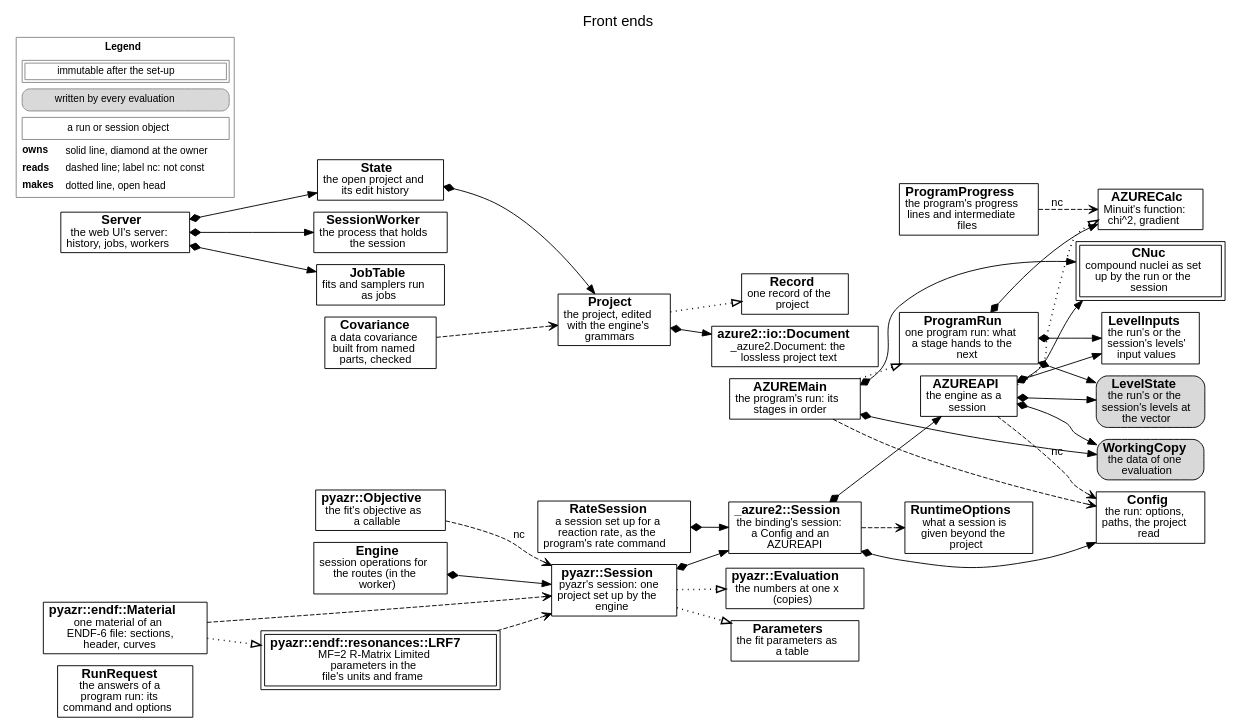
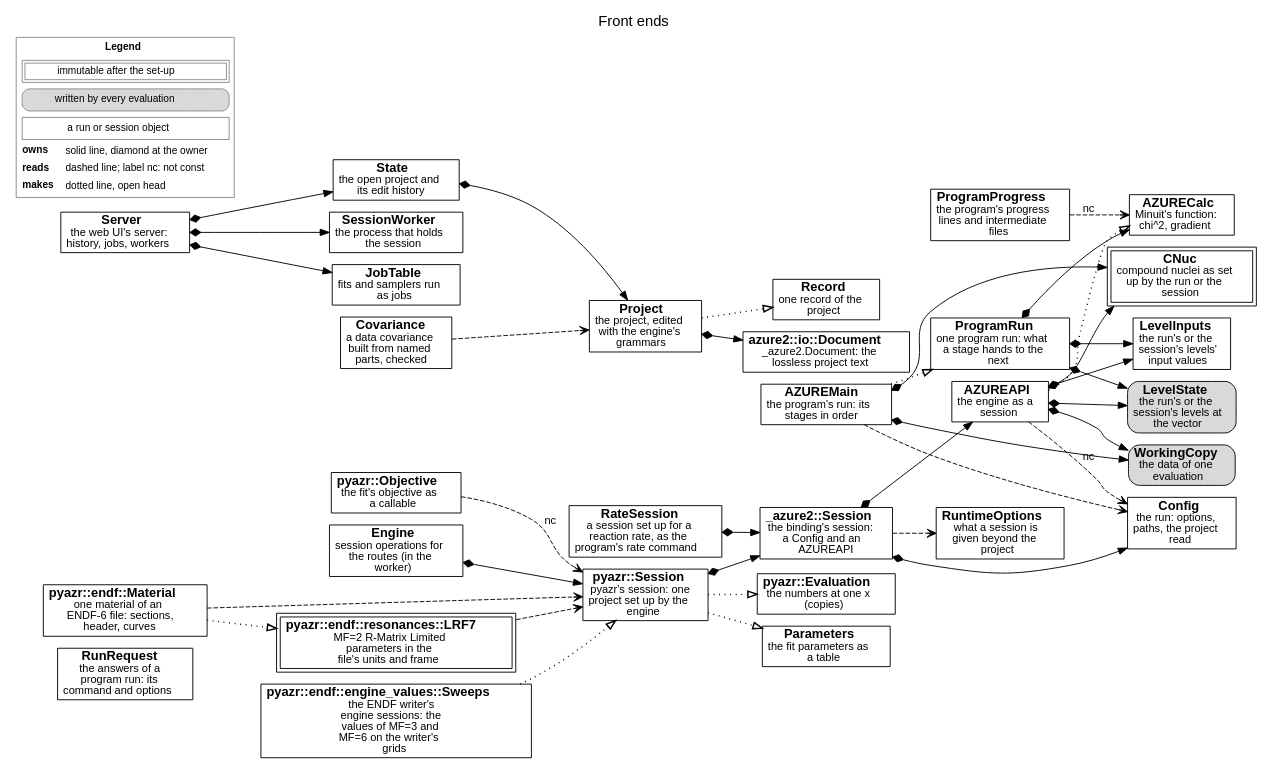
Before and after one commit to AZURE2DEV/AZURE2: the diagram in docs/source/developer/figures/frontends.dot, drawn with Graphviz. The commit also changed 9 other files, not shown here.

```diff
--- a/docs/source/developer/figures/frontends.dot
+++ b/docs/source/developer/figures/frontends.dot
@@ -1,68 +1,70 @@
 digraph frontends {
   graph [rankdir=LR, fontname="Helvetica", fontsize=16, labelloc=t, label="Front ends", nodesep=0.18, ranksep=0.3, newrank=true];
   node [fontname="Helvetica", fontsize=14, margin="0.08,0.04"];
   edge [fontname="Helvetica", fontsize=12];
   n_RunRequest [label=<<b>RunRequest</b><br/><font point-size="12">the answers of a<br/>program run: its<br/>command and options</font>>, shape=box, style="filled", fillcolor="white"];
   n_AZUREMain [label=<<b>AZUREMain</b><br/><font point-size="12">the program&#x27;s run: its<br/>stages in order</font>>, shape=box, style="filled", fillcolor="white"];
   n_Config [label=<<b>Config</b><br/><font point-size="12">the run: options,<br/>paths, the project<br/>read</font>>, shape=box, style="filled", fillcolor="white"];
   n_CNuc [label=<<b>CNuc</b><br/><font point-size="12">compound nuclei as set<br/>up by the run or the<br/>session</font>>, shape=box, peripheries=2, style="filled", fillcolor="white"];
   n_LevelState [label=<<b>LevelState</b><br/><font point-size="12">the run&#x27;s or the<br/>session&#x27;s levels at<br/>the vector</font>>, shape=box, style="rounded,filled", fillcolor="#d9d9d9"];
   n_LevelInputs [label=<<b>LevelInputs</b><br/><font point-size="12">the run&#x27;s or the<br/>session&#x27;s levels&#x27;<br/>input values</font>>, shape=box, style="filled", fillcolor="white"];
   n_WorkingCopy [label=<<b>WorkingCopy</b><br/><font point-size="12">the data of one<br/>evaluation</font>>, shape=box, style="rounded,filled", fillcolor="#d9d9d9"];
   n_AZURECalc [label=<<b>AZURECalc</b><br/><font point-size="12">Minuit&#x27;s function:<br/>chi^2, gradient</font>>, shape=box, style="filled", fillcolor="white"];
   n_ProgramRun [label=<<b>ProgramRun</b><br/><font point-size="12">one program run: what<br/>a stage hands to the<br/>next</font>>, shape=box, style="filled", fillcolor="white"];
   n_ProgramProgress [label=<<b>ProgramProgress</b><br/><font point-size="12">the program&#x27;s progress<br/>lines and intermediate<br/>files</font>>, shape=box, style="filled", fillcolor="white"];
   n_AZUREAPI [label=<<b>AZUREAPI</b><br/><font point-size="12">the engine as a<br/>session</font>>, shape=box, style="filled", fillcolor="white"];
   n__azure2__Session [label=<<b>_azure2::Session</b><br/><font point-size="12">the binding&#x27;s session:<br/>a Config and an<br/>AZUREAPI</font>>, shape=box, style="filled", fillcolor="white"];
   n_RuntimeOptions [label=<<b>RuntimeOptions</b><br/><font point-size="12">what a session is<br/>given beyond the<br/>project</font>>, shape=box, style="filled", fillcolor="white"];
   n_pyazr__Session [label=<<b>pyazr::Session</b><br/><font point-size="12">pyazr&#x27;s session: one<br/>project set up by the<br/>engine</font>>, shape=box, style="filled", fillcolor="white"];
   n_pyazr__Objective [label=<<b>pyazr::Objective</b><br/><font point-size="12">the fit&#x27;s objective as<br/>a callable</font>>, shape=box, style="filled", fillcolor="white"];
   n_pyazr__Evaluation [label=<<b>pyazr::Evaluation</b><br/><font point-size="12">the numbers at one x<br/>(copies)</font>>, shape=box, style="filled", fillcolor="white"];
   n_Parameters [label=<<b>Parameters</b><br/><font point-size="12">the fit parameters as<br/>a table</font>>, shape=box, style="filled", fillcolor="white"];
   n_Project [label=<<b>Project</b><br/><font point-size="12">the project, edited<br/>with the engine&#x27;s<br/>grammars</font>>, shape=box, style="filled", fillcolor="white"];
   n_Record [label=<<b>Record</b><br/><font point-size="12">one record of the<br/>project</font>>, shape=box, style="filled", fillcolor="white"];
   n_azure2__io__Document [label=<<b>azure2::io::Document</b><br/><font point-size="12">_azure2.Document: the<br/>lossless project text</font>>, shape=box, style="filled", fillcolor="white"];
   n_Server [label=<<b>Server</b><br/><font point-size="12">the web UI&#x27;s server:<br/>history, jobs, workers</font>>, shape=box, style="filled", fillcolor="white"];
   n_State [label=<<b>State</b><br/><font point-size="12">the open project and<br/>its edit history</font>>, shape=box, style="filled", fillcolor="white"];
   n_SessionWorker [label=<<b>SessionWorker</b><br/><font point-size="12">the process that holds<br/>the session</font>>, shape=box, style="filled", fillcolor="white"];
   n_Engine [label=<<b>Engine</b><br/><font point-size="12">session operations for<br/>the routes (in the<br/>worker)</font>>, shape=box, style="filled", fillcolor="white"];
   n_JobTable [label=<<b>JobTable</b><br/><font point-size="12">fits and samplers run<br/>as jobs</font>>, shape=box, style="filled", fillcolor="white"];
   n_pyazr__endf__Material [label=<<b>pyazr::endf::Material</b><br/><font point-size="12">one material of an<br/>ENDF-6 file: sections,<br/>header, curves</font>>, shape=box, style="filled", fillcolor="white"];
   n_pyazr__endf__resonances__LRF7 [label=<<b>pyazr::endf::resonances::LRF7</b><br/><font point-size="12">MF=2 R-Matrix Limited<br/>parameters in the<br/>file&#x27;s units and frame</font>>, shape=box, peripheries=2, style="filled", fillcolor="white"];
+  n_pyazr__endf__engine_values__Sweeps [label=<<b>pyazr::endf::engine_values::Sweeps</b><br/><font point-size="12">the ENDF writer&#x27;s<br/>engine sessions: the<br/>values of MF=3 and<br/>MF=6 on the writer&#x27;s<br/>grids</font>>, shape=box, style="filled", fillcolor="white"];
   n_RateSession [label=<<b>RateSession</b><br/><font point-size="12">a session set up for a<br/>reaction rate, as the<br/>program&#x27;s rate command</font>>, shape=box, style="filled", fillcolor="white"];
   n_Covariance [label=<<b>Covariance</b><br/><font point-size="12">a data covariance<br/>built from named<br/>parts, checked</font>>, shape=box, style="filled", fillcolor="white"];
   n_AZUREMain -> n_Config [style=dashed, arrowhead=vee];
   n_AZUREMain -> n_CNuc [style=solid, dir=both, arrowtail=diamond, arrowhead=normal];
   n_AZUREMain -> n_WorkingCopy [style=solid, dir=both, arrowtail=diamond, arrowhead=normal];
   n_AZUREMain -> n_ProgramRun [style=dotted, penwidth=1.6, arrowhead=empty];
   n_ProgramRun -> n_AZURECalc [style=solid, dir=both, arrowtail=diamond, arrowhead=normal];
   n_ProgramRun -> n_LevelState [style=solid, dir=both, arrowtail=diamond, arrowhead=normal];
   n_ProgramRun -> n_LevelInputs [style=solid, dir=both, arrowtail=diamond, arrowhead=normal];
   n_ProgramProgress -> n_AZURECalc [style=dashed, arrowhead=vee, label=" nc"];
   n_AZUREAPI -> n_AZURECalc [style=dotted, penwidth=1.6, arrowhead=empty];
   n_AZUREAPI -> n_Config [style=dashed, arrowhead=vee, label=" nc"];
   n_AZUREAPI -> n_CNuc [style=solid, dir=both, arrowtail=diamond, arrowhead=normal];
   n_AZUREAPI -> n_LevelState [style=solid, dir=both, arrowtail=diamond, arrowhead=normal];
   n_AZUREAPI -> n_LevelInputs [style=solid, dir=both, arrowtail=diamond, arrowhead=normal];
   n_AZUREAPI -> n_WorkingCopy [style=solid, dir=both, arrowtail=diamond, arrowhead=normal];
   n__azure2__Session -> n_Config [style=solid, dir=both, arrowtail=diamond, arrowhead=normal];
   n__azure2__Session -> n_AZUREAPI [style=solid, dir=both, arrowtail=diamond, arrowhead=normal];
   n__azure2__Session -> n_RuntimeOptions [style=dashed, arrowhead=vee];
   n_pyazr__Session -> n__azure2__Session [style=solid, dir=both, arrowtail=diamond, arrowhead=normal];
   n_pyazr__Session -> n_Parameters [style=dotted, penwidth=1.6, arrowhead=empty];
   n_pyazr__Objective -> n_pyazr__Session [style=dashed, arrowhead=vee, label=" nc"];
   n_pyazr__Session -> n_pyazr__Evaluation [style=dotted, penwidth=1.6, arrowhead=empty];
   n_Project -> n_azure2__io__Document [style=solid, dir=both, arrowtail=diamond, arrowhead=normal];
   n_Project -> n_Record [style=dotted, penwidth=1.6, arrowhead=empty];
   n_State -> n_Project [style=solid, dir=both, arrowtail=diamond, arrowhead=normal];
   n_Server -> n_State [style=solid, dir=both, arrowtail=diamond, arrowhead=normal];
   n_Server -> n_SessionWorker [style=solid, dir=both, arrowtail=diamond, arrowhead=normal];
   n_Server -> n_JobTable [style=solid, dir=both, arrowtail=diamond, arrowhead=normal];
   n_Engine -> n_pyazr__Session [style=solid, dir=both, arrowtail=diamond, arrowhead=normal];
   n_RateSession -> n__azure2__Session [style=solid, dir=both, arrowtail=diamond, arrowhead=normal];
   n_Covariance -> n_Project [style=dashed, arrowhead=vee];
   n_pyazr__endf__Material -> n_pyazr__Session [style=dashed, arrowhead=vee];
   n_pyazr__endf__Material -> n_pyazr__endf__resonances__LRF7 [style=dotted, penwidth=1.6, arrowhead=empty];
   n_pyazr__endf__resonances__LRF7 -> n_pyazr__Session [style=dashed, arrowhead=vee];
+  n_pyazr__endf__engine_values__Sweeps -> n_pyazr__Session [style=dotted, penwidth=1.6, arrowhead=empty];
   legend [shape=plaintext, fontsize=11, label=<<TABLE BORDER="1" CELLBORDER="0" CELLSPACING="3" COLOR="#888888"><TR><TD COLSPAN="2"><B>Legend</B></TD></TR><TR><TD COLSPAN="2"><TABLE BORDER="1" CELLBORDER="1" CELLSPACING="2" CELLPADDING="2"><TR><TD>immutable after the set-up</TD></TR></TABLE></TD></TR><TR><TD COLSPAN="2"><TABLE BORDER="1" CELLBORDER="0" CELLPADDING="3" STYLE="rounded" BGCOLOR="#d9d9d9"><TR><TD>written by every evaluation</TD></TR></TABLE></TD></TR><TR><TD COLSPAN="2"><TABLE BORDER="1" CELLBORDER="0" CELLPADDING="3" ><TR><TD>a run or session object</TD></TR></TABLE></TD></TR><TR><TD ALIGN="LEFT"><B>owns</B></TD><TD ALIGN="LEFT">solid line, diamond at the owner</TD></TR><TR><TD ALIGN="LEFT"><B>reads</B></TD><TD ALIGN="LEFT">dashed line; label nc: not const</TD></TR><TR><TD ALIGN="LEFT"><B>makes</B></TD><TD ALIGN="LEFT">dotted line, open head</TD></TR></TABLE>>];
 }
```
